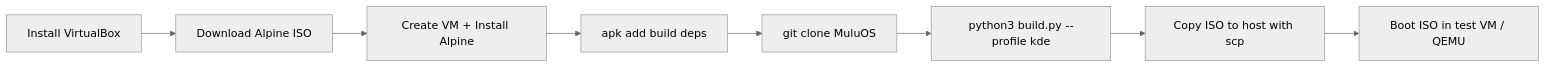
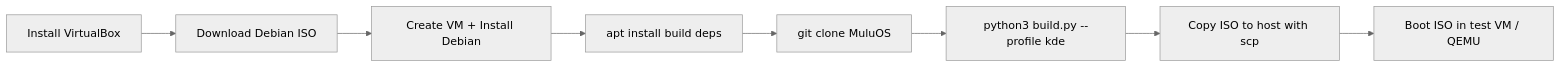
One commit to leezhieng/MuluOS changed the diagram in docs/building-and-testing.md. Above: the diagram before and after it, drawn with Mermaid (neutral theme). The commit also changed other lines of this file and 18 other files, not shown here.

First line of the commit message:
build: migrate from Alpine Linux to Debian 12 (Bookworm)

````diff
--- a/docs/building-and-testing.md
+++ b/docs/building-and-testing.md
@@ -316,10 +332,10 @@
 ```mermaid
 flowchart LR
-    A[Install VirtualBox] --> B[Download Alpine ISO]
-    B --> C[Create VM + Install Alpine]
-    C --> D[apk add build deps]
+    A[Install VirtualBox] --> B[Download Debian ISO]
+    B --> C[Create VM + Install Debian]
+    C --> D[apt install build deps]
     D --> E[git clone MuluOS]
     E --> F["python3 build.py --profile kde"]
     F --> G[Copy ISO to host with scp]
     G --> H[Boot ISO in test VM / QEMU]
 ```
````
